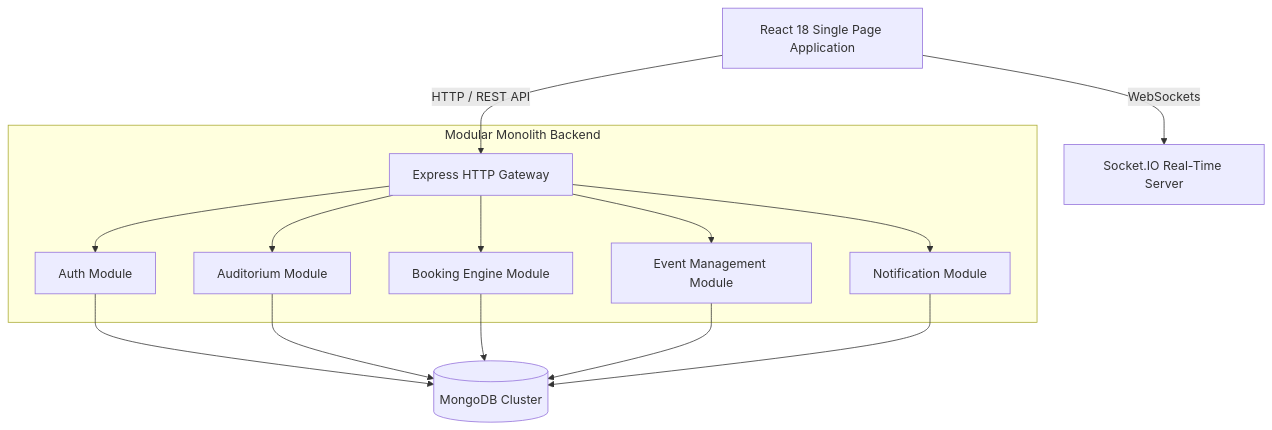
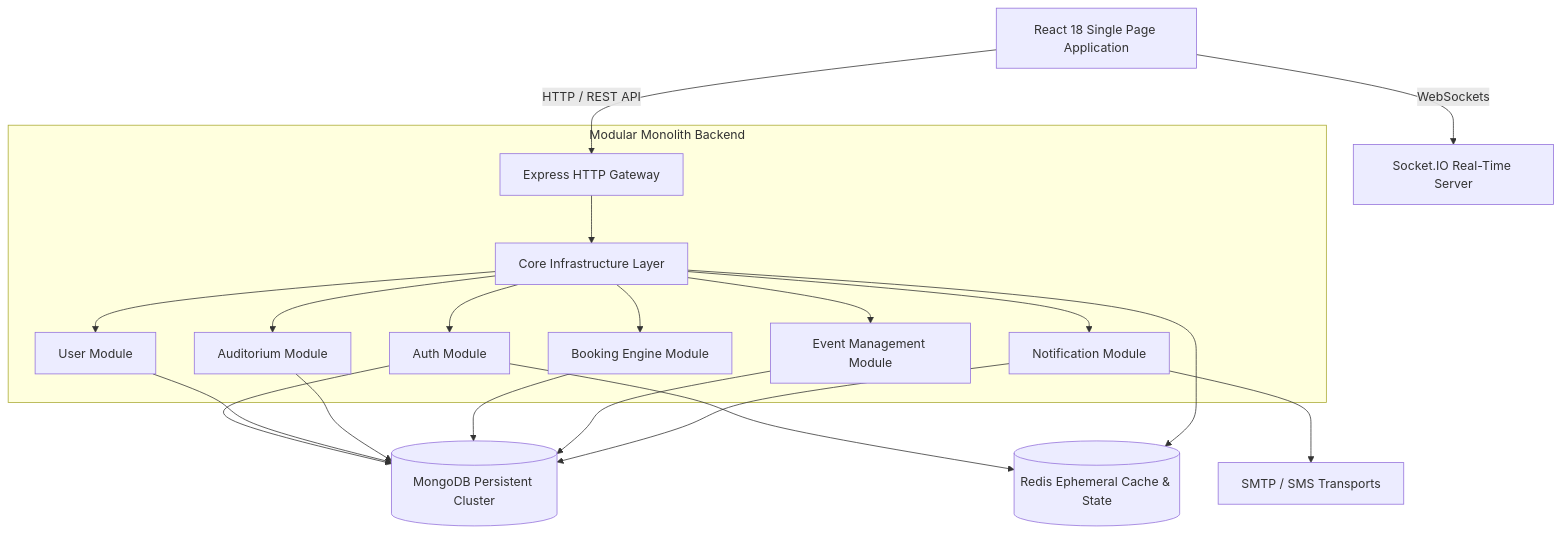
One commit to Tushar-Mittal-09/SABMS changed the diagram in docs/HLD.md. Above: the diagram before and after it, drawn with Mermaid. The commit also changed other lines of this file and 19 other files, not shown here.

Commit message:
docs: simplify documentation architecture

````diff
--- a/docs/HLD.md
+++ b/docs/HLD.md
@@ -13,19 +13,26 @@
 ```mermaid
 graph TD
     Client[React 18 Single Page Application] -->|HTTP / REST API| ExpressApp[Express HTTP Gateway]
     Client -->|WebSockets| SocketServer[Socket.IO Real-Time Server]
 
     subgraph Modular Monolith Backend
-        ExpressApp --> AuthModule[Auth Module]
-        ExpressApp --> AuditoriumModule[Auditorium Module]
-        ExpressApp --> BookingModule[Booking Engine Module]
-        ExpressApp --> EventModule[Event Management Module]
-        ExpressApp --> NotificationModule[Notification Module]
+        ExpressApp --> CoreLayer[Core Infrastructure Layer]
+        CoreLayer --> AuthModule[Auth Module]
+        CoreLayer --> UserModule[User Module]
+        CoreLayer --> AuditoriumModule[Auditorium Module]
+        CoreLayer --> BookingModule[Booking Engine Module]
+        CoreLayer --> EventModule[Event Management Module]
+        CoreLayer --> NotificationModule[Notification Module]
     end
 
-    AuthModule --> Mongo[(MongoDB Cluster)]
+    AuthModule --> Mongo[(MongoDB Persistent Cluster)]
+    UserModule --> Mongo
     AuditoriumModule --> Mongo
     BookingModule --> Mongo
     EventModule --> Mongo
     NotificationModule --> Mongo
+
+    AuthModule --> Redis[(Redis Ephemeral Cache & State)]
+    CoreLayer --> Redis
+    NotificationModule --> SMTP[SMTP / SMS Transports]
 ```
````
